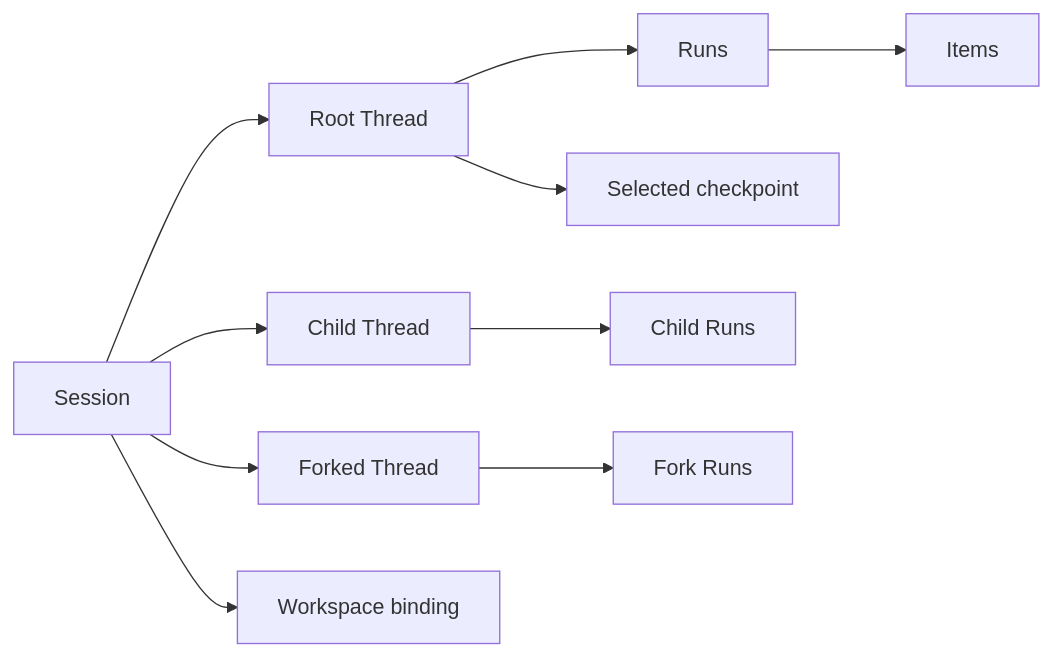
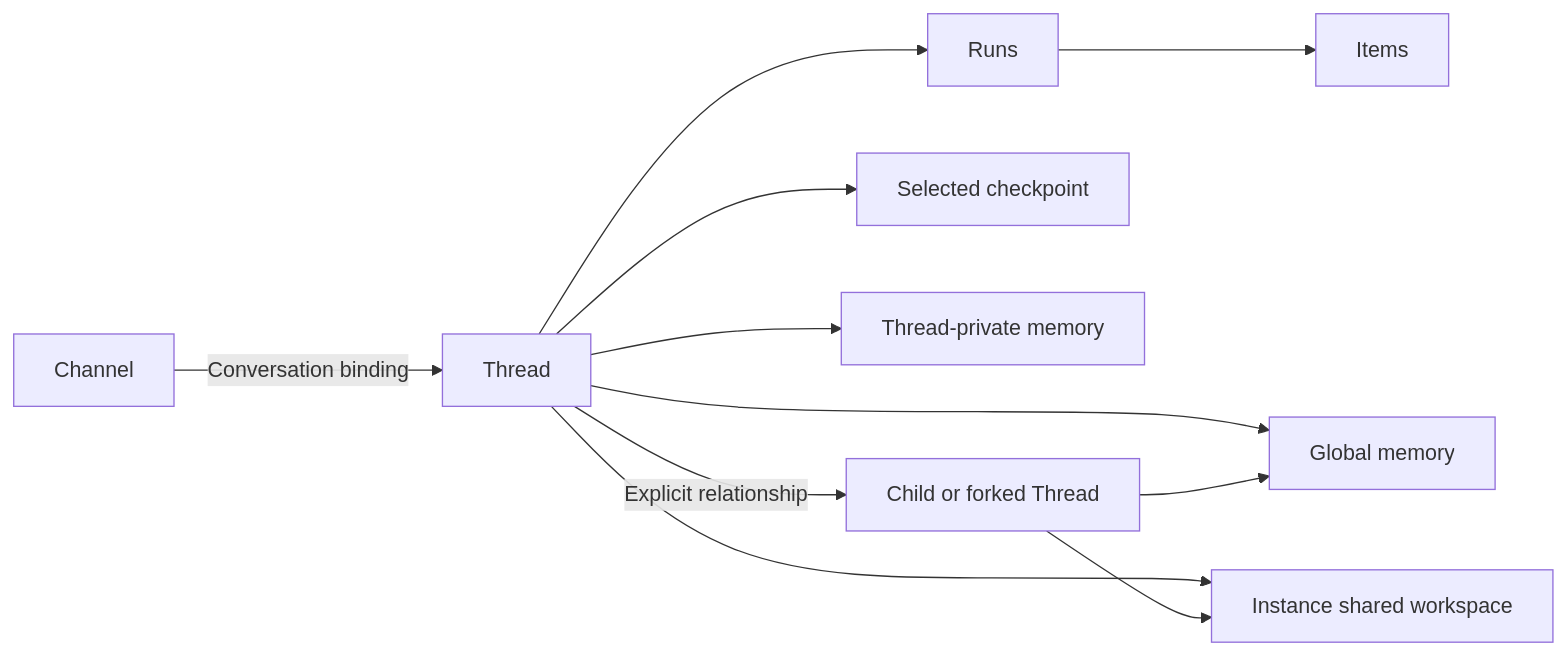
One commit to Wh1isper/a13n-claw changed the diagram in spec/01-domain-model.md. Above: the diagram before and after it, drawn with Mermaid. The commit also changed other lines of this file and 10 other files, not shown here.

First line of the commit message:
docs(spec): define channel threads, shared workspace, and file memory (#13)

````diff
--- a/spec/01-domain-model.md
+++ b/spec/01-domain-model.md
@@ -29,12 +30,13 @@
 ```mermaid
 flowchart LR
-    Session --> Root[Root Thread]
-    Session --> Child[Child Thread]
-    Session --> Fork[Forked Thread]
-    Root --> Runs[Runs]
-    Child --> ChildRuns[Child Runs]
-    Fork --> ForkRuns[Fork Runs]
+    Channel -->|Conversation binding| Thread
+    Thread --> Runs[Runs]
     Runs --> Items[Items]
-    Root --> Selected[Selected checkpoint]
-    Session --> Binding[Workspace binding]
+    Thread --> Selected[Selected checkpoint]
+    Thread --> Private[Thread-private memory]
+    Thread -->|Explicit relationship| Child[Child or forked Thread]
+    Thread --> Global[Global memory]
+    Child --> Global
+    Thread --> Workspace[Instance shared workspace]
+    Child --> Workspace
 ```
````
